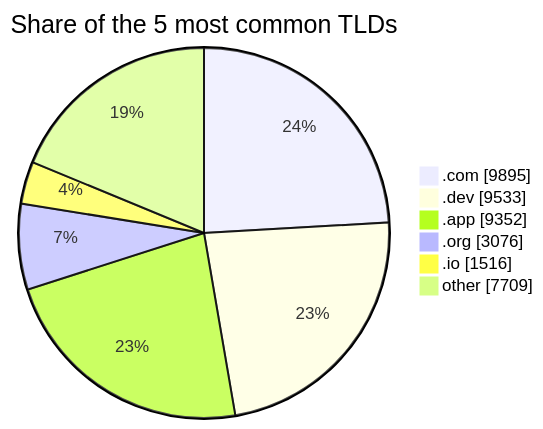
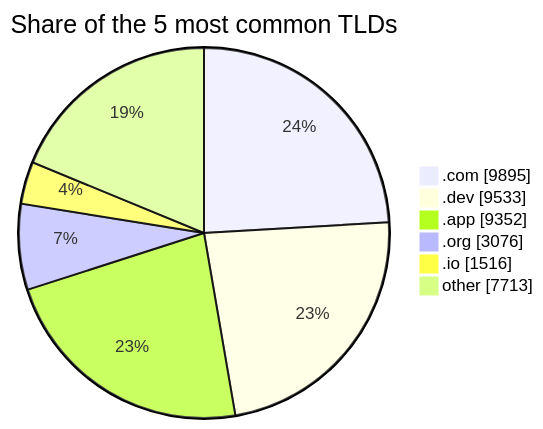
One commit to DNSBunker/CTI changed the third of 3 diagrams in README.md. Above: the diagram before and after it, drawn with Mermaid. The commit also changed other lines of this file and 3 other files, not shown here.

````diff
--- a/README.md
+++ b/README.md
@@ -81,9 +81,9 @@
 ```mermaid
 pie showData title Share of the 5 most common TLDs
     ".com" : 9895
     ".dev" : 9533
     ".app" : 9352
     ".org" : 3076
     ".io" : 1516
-    "other" : 7709
+    "other" : 7713
 ```
````
